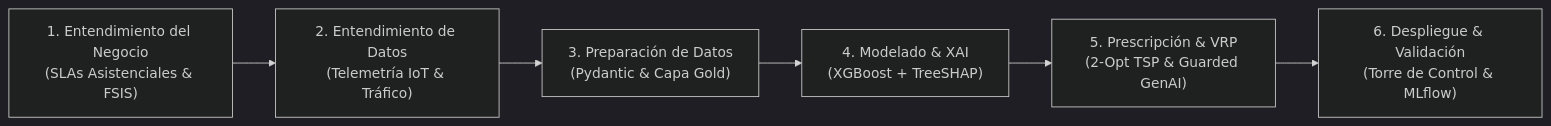
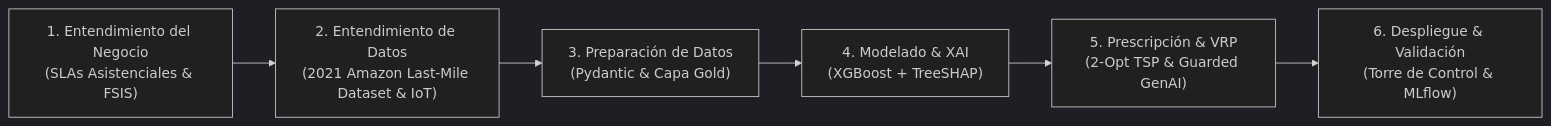
Before and after one commit to GuillenConcepcion/Smart-Logistics-4.0-Decision-Intelligence: the first of 4 diagrams in docs/Cap3_TFM_Metodologia_y_Seleccion_Tecnologica.md, drawn with Mermaid (dark theme). The commit also changed other lines of this file and 26 other files, not shown here.

````diff
--- a/docs/Cap3_TFM_Metodologia_y_Seleccion_Tecnologica.md
+++ b/docs/Cap3_TFM_Metodologia_y_Seleccion_Tecnologica.md
@@ -19,8 +19,8 @@
 ```mermaid
 flowchart LR
-    F1["1. Entendimiento del Negocio<br/>(SLAs Asistenciales & FSIS)"] --> F2["2. Entendimiento de Datos<br/>(Telemetría IoT & Tráfico)"]
+    F1["1. Entendimiento del Negocio<br/>(SLAs Asistenciales & FSIS)"] --> F2["2. Entendimiento de Datos<br/>(2021 Amazon Last-Mile Dataset & IoT)"]
     F2 --> F3["3. Preparación de Datos<br/>(Pydantic & Capa Gold)"]
     F3 --> F4["4. Modelado & XAI<br/>(XGBoost + TreeSHAP)"]
     F4 --> F5["5. Prescripción & VRP<br/>(2-Opt TSP & Guarded GenAI)"]
     F5 --> F6["6. Despliegue & Validación<br/>(Torre de Control & MLflow)"]
 ```
````
